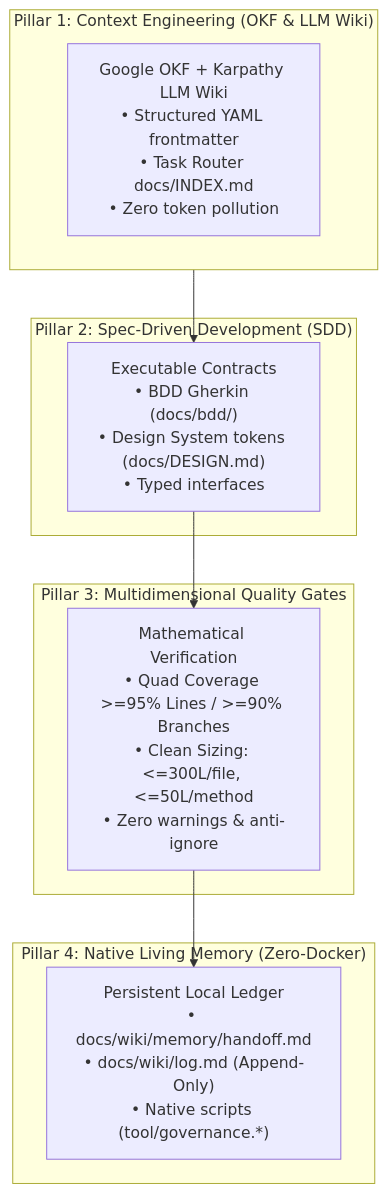
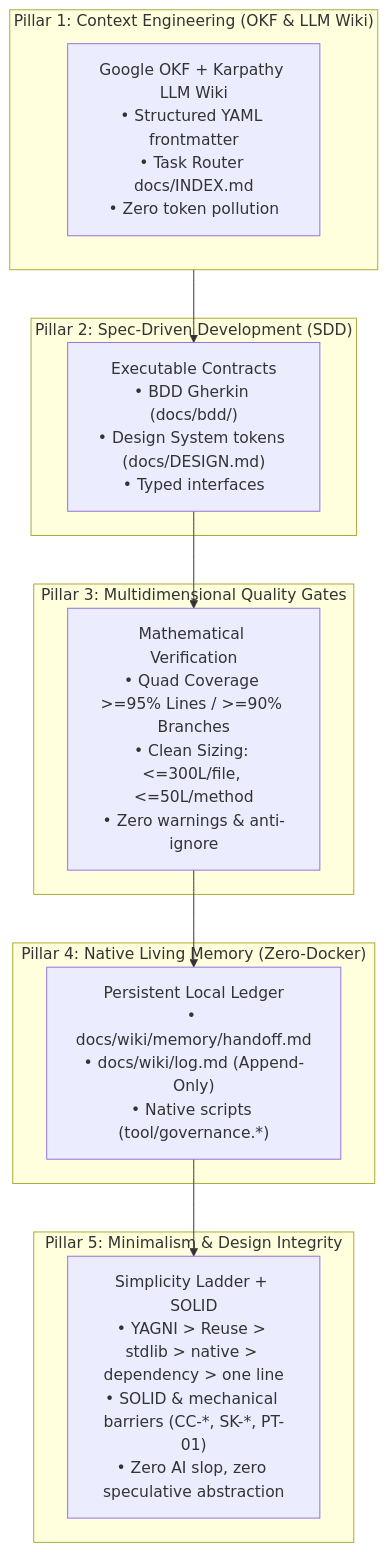
The diagram in MANIFESTO.md (felipecarvalho/oaef), drawn with Mermaid before and after one commit. The commit also changed other lines of this file and 758 other files, not shown here.

````diff
--- a/MANIFESTO.md
+++ b/MANIFESTO.md
@@ -48,22 +48,27 @@
 ```mermaid
 flowchart TD
     subgraph P1 ["Pillar 1: Context Engineering (OKF & LLM Wiki)"]
         OKF["Google OKF + Karpathy LLM Wiki<br/>• Structured YAML frontmatter<br/>• Task Router docs/INDEX.md<br/>• Zero token pollution"]
     end
 
     subgraph P2 ["Pillar 2: Spec-Driven Development (SDD)"]
         SDD["Executable Contracts<br/>• BDD Gherkin (docs/bdd/)<br/>• Design System tokens (docs/DESIGN.md)<br/>• Typed interfaces"]
     end
 
     subgraph P3 ["Pillar 3: Multidimensional Quality Gates"]
         QG["Mathematical Verification<br/>• Quad Coverage >=95% Lines / >=90% Branches<br/>• Clean Sizing: <=300L/file, <=50L/method<br/>• Zero warnings & anti-ignore"]
     end
 
     subgraph P4 ["Pillar 4: Native Living Memory (Zero-Docker)"]
         MEM["Persistent Local Ledger<br/>• docs/wiki/memory/handoff.md<br/>• docs/wiki/log.md (Append-Only)<br/>• Native scripts (tool/governance.*)"]
     end
 
+    subgraph P5 ["Pillar 5: Minimalism & Design Integrity"]
+        MIN["Simplicity Ladder + SOLID<br/>• YAGNI > Reuse > stdlib > native > dependency > one line<br/>• SOLID & mechanical barriers (CC-*, SK-*, PT-01)<br/>• Zero AI slop, zero speculative abstraction"]
+    end
+
     P1 --> SDD
     SDD --> QG
     QG --> MEM
+    MEM --> MIN
 ```
````
